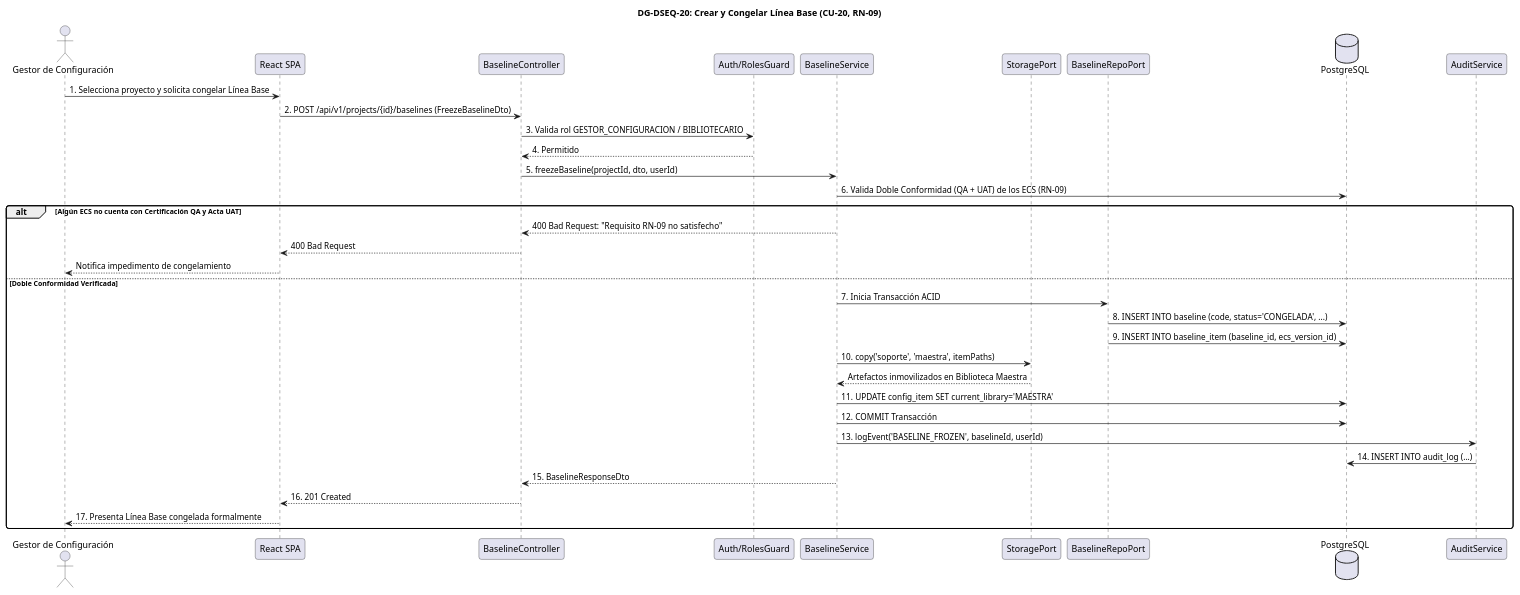
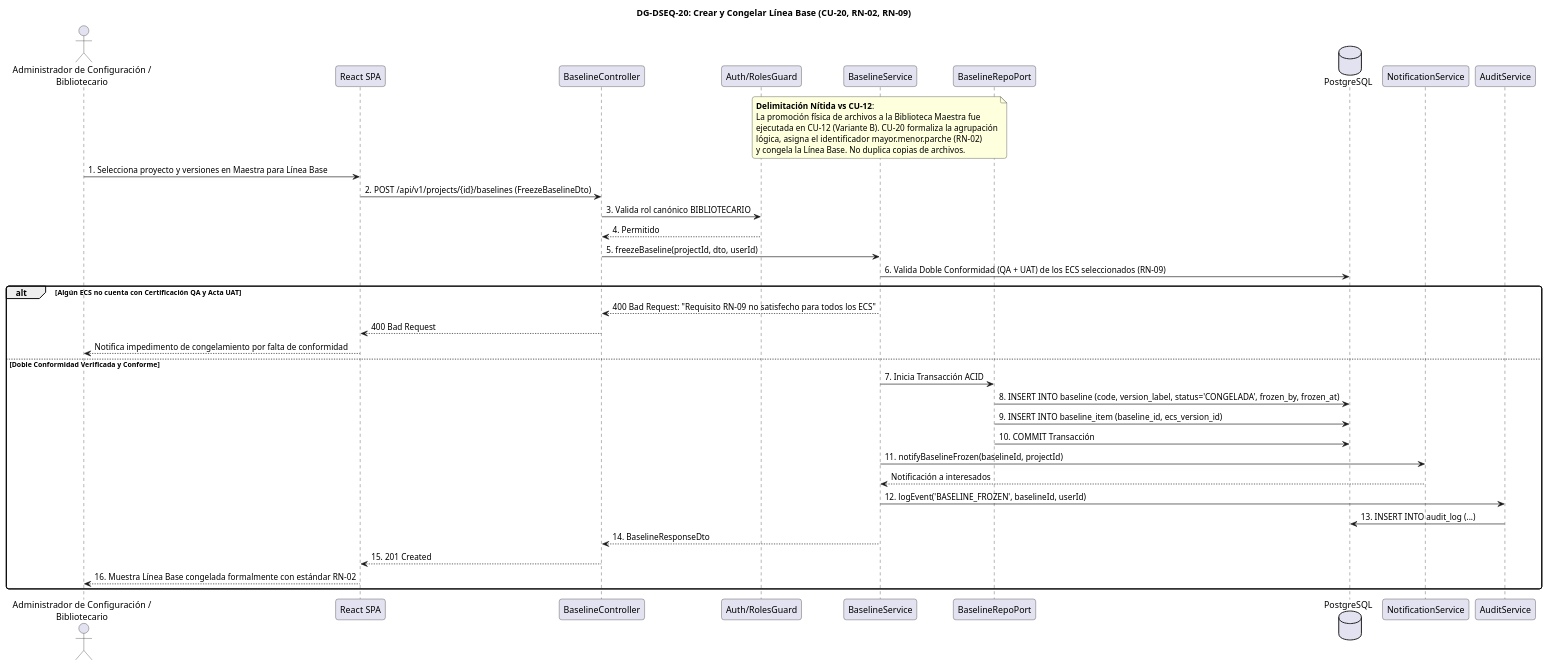
Before and after one commit to JMedina255/TraceFlow: diagram 11 of 15 in FD05-EPIS-Informe_SAD_Diseno.md, drawn with PlantUML. The commit also changed other lines of this file and 6 other files, not shown here.

````diff
--- a/FD05-EPIS-Informe_SAD_Diseno.md
+++ b/FD05-EPIS-Informe_SAD_Diseno.md
@@ -1587,46 +1656,53 @@
 ```plantuml
 @startuml
 skinparam shadowing false
 skinparam roundcorner 8
 skinparam defaultFontName Arial
 
-title <b>DG-DSEQ-20: Crear y Congelar Línea Base (CU-20, RN-09)</b>
+title <b>DG-DSEQ-20: Crear y Congelar Línea Base (CU-20, RN-02, RN-09)</b>
 
-actor "Gestor de Configuración" as Actor
+actor "Administrador de Configuración /\nBibliotecario" as Actor
 participant "React SPA" as UI
 participant "BaselineController" as Ctrl
 participant "Auth/RolesGuard" as Guard
 participant "BaselineService" as Service
-participant "StoragePort" as Storage
 participant "BaselineRepoPort" as BaselineRepo
 database "PostgreSQL" as DB
+participant "NotificationService" as Notify
 participant "AuditService" as Audit
 
-Actor -> UI : 1. Selecciona proyecto y solicita congelar Línea Base
+note over Service
+  <b>Delimitación Nítida vs CU-12</b>:
+  La promoción física de archivos a la Biblioteca Maestra fue
+  ejecutada en CU-12 (Variante B). CU-20 formaliza la agrupación
+  lógica, asigna el identificador mayor.menor.parche (RN-02)
+  y congela la Línea Base. No duplica copias de archivos.
+end note
+
+Actor -> UI : 1. Selecciona proyecto y versiones en Maestra para Línea Base
 UI -> Ctrl : 2. POST /api/v1/projects/{id}/baselines (FreezeBaselineDto)
-Ctrl -> Guard : 3. Valida rol GESTOR_CONFIGURACION / BIBLIOTECARIO
+Ctrl -> Guard : 3. Valida rol canónico BIBLIOTECARIO
 Guard --> Ctrl : 4. Permitido
 Ctrl -> Service : 5. freezeBaseline(projectId, dto, userId)
 
-Service -> DB : 6. Valida Doble Conformidad (QA + UAT) de los ECS (RN-09)
+Service -> DB : 6. Valida Doble Conformidad (QA + UAT) de los ECS seleccionados (RN-09)
 alt Algún ECS no cuenta con Certificación QA y Acta UAT
-    Service --> Ctrl : 400 Bad Request: "Requisito RN-09 no satisfecho"
+    Service --> Ctrl : 400 Bad Request: "Requisito RN-09 no satisfecho para todos los ECS"
     Ctrl --> UI : 400 Bad Request
-    UI --> Actor : Notifica impedimento de congelamiento
-else Doble Conformidad Verificada
+    UI --> Actor : Notifica impedimento de congelamiento por falta de conformidad
+else Doble Conformidad Verificada y Conforme
     Service -> BaselineRepo : 7. Inicia Transacción ACID
-    BaselineRepo -> DB : 8. INSERT INTO baseline (code, status='CONGELADA', ...)
+    BaselineRepo -> DB : 8. INSERT INTO baseline (code, version_label, status='CONGELADA', frozen_by, frozen_at)
     BaselineRepo -> DB : 9. INSERT INTO baseline_item (baseline_id, ecs_version_id)
-    Service -> Storage : 10. copy('soporte', 'maestra', itemPaths)
-    Storage --> Service : Artefactos inmovilizados en Biblioteca Maestra
-    Service -> DB : 11. UPDATE config_item SET current_library='MAESTRA'
-    Service -> DB : 12. COMMIT Transacción
-    Service -> Audit : 13. logEvent('BASELINE_FROZEN', baselineId, userId)
-    Audit -> DB : 14. INSERT INTO audit_log (...)
-    Service --> Ctrl : 15. BaselineResponseDto
-    Ctrl --> UI : 16. 201 Created
-    UI --> Actor : 17. Presenta Línea Base congelada formalmente
+    BaselineRepo -> DB : 10. COMMIT Transacción
+    Service -> Notify : 11. notifyBaselineFrozen(baselineId, projectId)
+    Notify --> Service : Notificación a interesados
+    Service -> Audit : 12. logEvent('BASELINE_FROZEN', baselineId, userId)
+    Audit -> DB : 13. INSERT INTO audit_log (...)
+    Service --> Ctrl : 14. BaselineResponseDto
+    Ctrl --> UI : 15. 201 Created
+    UI --> Actor : 16. Muestra Línea Base congelada formalmente con estándar RN-02
 end
 
 @enduml
 ```
````
